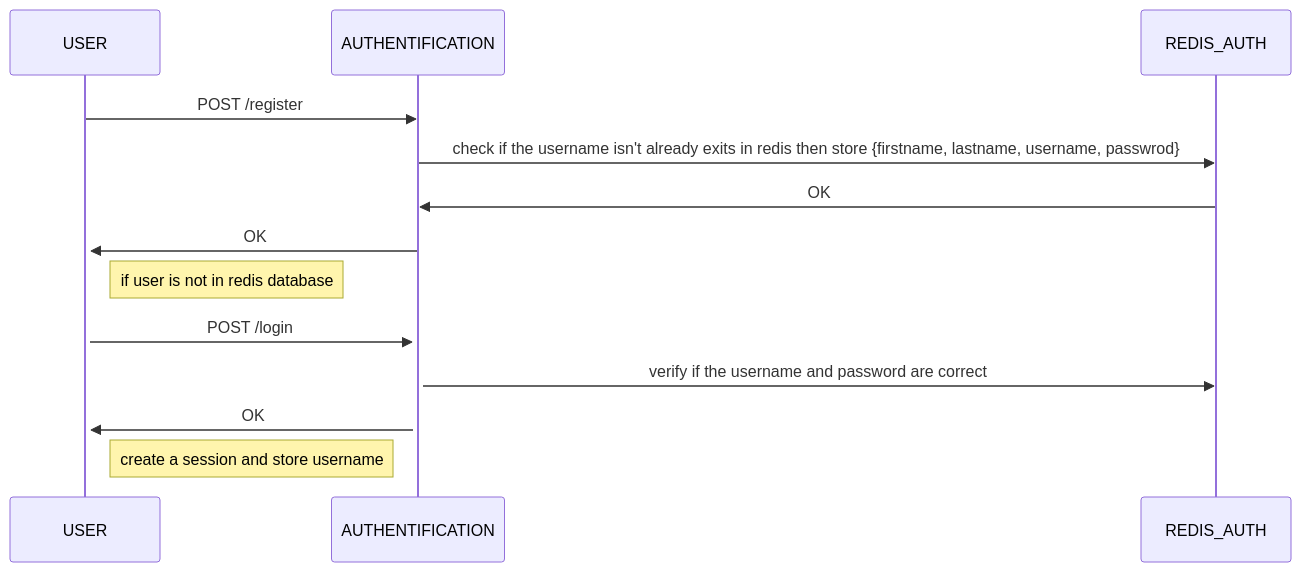
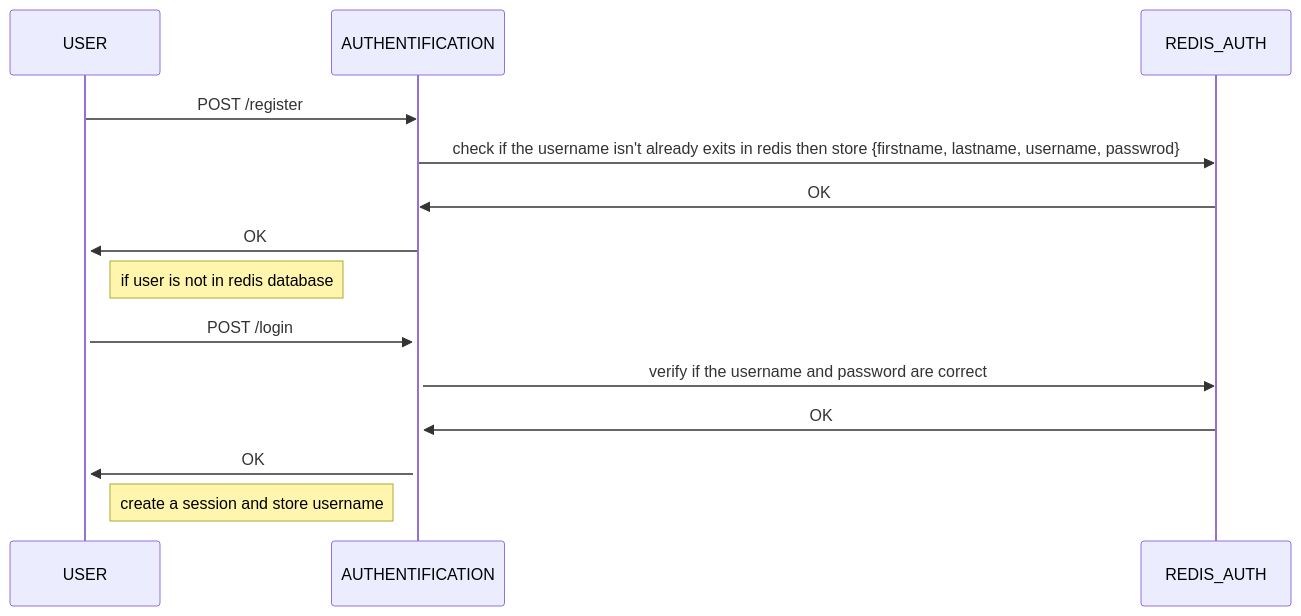
The first of 3 diagrams in README.md (essadany/motus), drawn with Mermaid before and after one commit.

````diff
--- a/README.md
+++ b/README.md
@@ -2,12 +2,13 @@
 ```mermaid
 sequenceDiagram
     USER->>AUTHENTIFICATION:POST /register
     AUTHENTIFICATION->>REDIS_AUTH: check if the username isn't already exits in redis then store {firstname, lastname, username, passwrod}
     REDIS_AUTH->>AUTHENTIFICATION:OK
     AUTHENTIFICATION->>+USER:OK
     note right of USER : if user is not in redis database
     USER->>+AUTHENTIFICATION: POST /login
     AUTHENTIFICATION->>REDIS_AUTH: verify if the username and password are correct
+    REDIS_AUTH->>AUTHENTIFICATION: OK
     AUTHENTIFICATION->>USER:OK
     note left of AUTHENTIFICATION: create a session and store username
 ```
````
